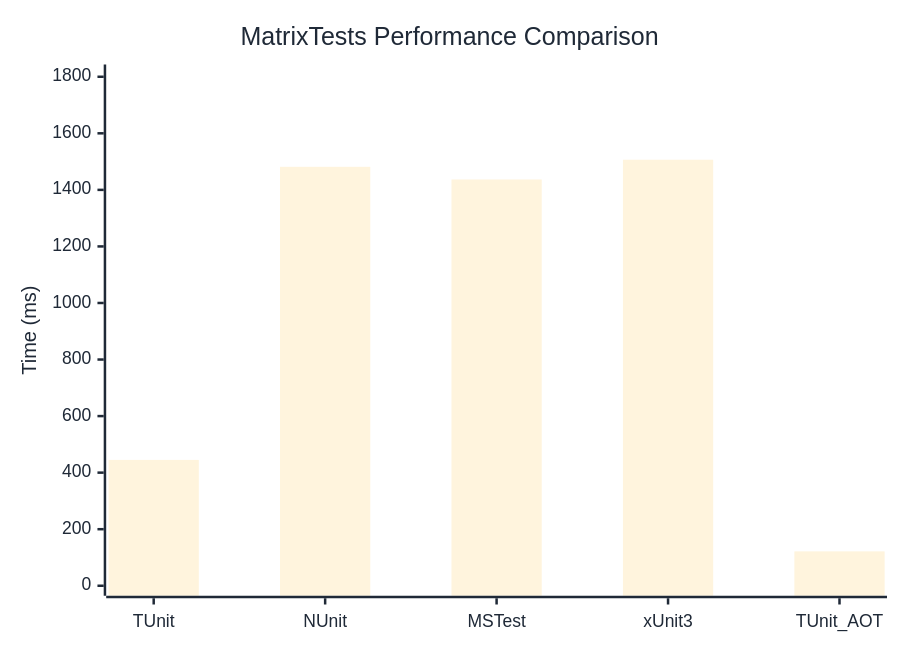
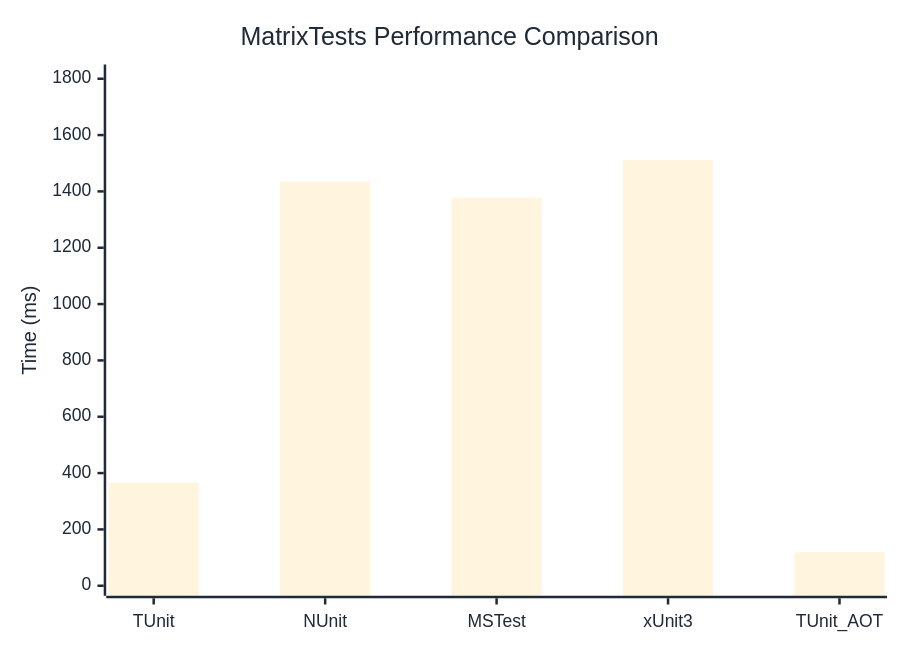
Before and after one commit to thomhurst/TUnit: the diagram in docs/docs/benchmarks/engine/MatrixTests.md, drawn with Mermaid. The commit also changed other lines of this file and 17 other files, not shown here.

````diff
--- a/docs/docs/benchmarks/engine/MatrixTests.md
+++ b/docs/docs/benchmarks/engine/MatrixTests.md
@@ -29,37 +29,37 @@
 ```mermaid
 %%{init: {
   'theme':'base',
   'themeVariables': {
     'primaryColor': '#2563eb',
     'primaryTextColor': '#1f2937',
     'primaryBorderColor': '#1e40af',
     'lineColor': '#6b7280',
     'secondaryColor': '#7c3aed',
     'tertiaryColor': '#dc2626',
     'background': '#ffffff',
     'mainBkg': '#2563eb',
     'secondBkg': '#7c3aed',
     'tertiaryBkg': '#dc2626',
     'clusterBkg': '#f3f4f6',
     'edgeLabelBackground': '#ffffff',
     'tertiaryTextColor': '#1f2937',
     'pie1': '#2563eb',
     'pie2': '#7c3aed',
     'pie3': '#dc2626',
     'pie4': '#f59e0b',
     'pie5': '#10b981',
     'pie6': '#06b6d4',
     'pie7': '#ec4899',
     'pie8': '#6366f1',
     'pie9': '#84cc16',
     'pie10': '#f97316',
     'pie11': '#14b8a6',
     'pie12': '#a855f7'
   }
 }}%%
 xychart-beta
   title "MatrixTests Performance Comparison"
   x-axis ["TUnit", "NUnit", "MSTest", "xUnit3", "TUnit_AOT"]
-  y-axis "Time (ms)" 0 --> 1808
-  bar [445, 1481.5, 1436.8, 1506.6, 121.6]
+  y-axis "Time (ms)" 0 --> 1815
+  bar [365.5, 1434.6, 1377.5, 1511.9, 119]
 ```
````
